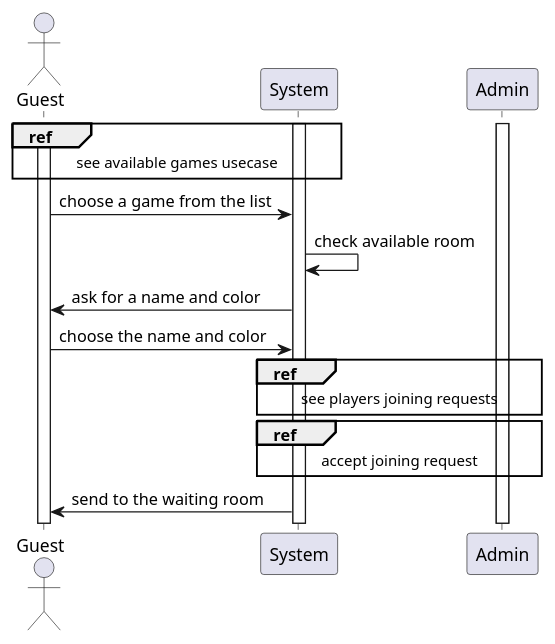
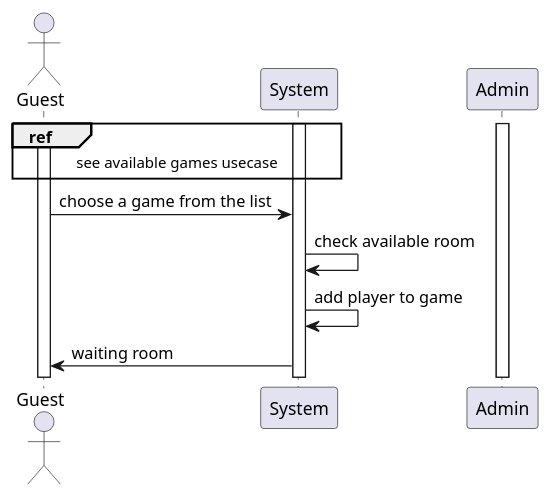
Before and after one commit to monoploy-game/design: the diagram in SDs/guest/join_game.wsd, drawn with PlantUML. The commit also changed 1 other file, not shown here.

Commit message:
updated join game sd and dSD, to sync with class diagram

```diff
--- a/SDs/guest/join_game.wsd
+++ b/SDs/guest/join_game.wsd
@@ -1,21 +1,17 @@
 @startuml
 
 actor Guest
 
 Activate Guest
 Activate System
 Activate Admin
 
 ref over Guest,System : see available games usecase
 
 Guest -> System : choose a game from the list
 System -> System : check available room
-System -> Guest : ask for a name and color
-Guest -> System : choose the name and color
+System -> System : add player to game
 
-ref over Admin,System : see players joining requests
-ref over Admin,System : accept joining request
-
-System -> Guest : send to the waiting room
+System -> Guest : waiting room
 
 @enduml
```
